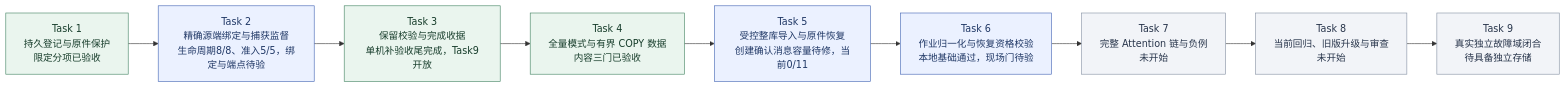
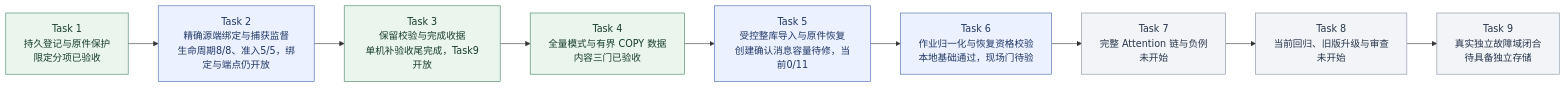
One commit to MansurnamedZhang/learning-system-p0c4 changed the second of 9 diagrams in docs/KnowWeave实施路线与系统架构.md. Above: the diagram before and after it, drawn with Mermaid. The commit also changed other lines of this file and 6 other files, not shown here.

````diff
--- a/docs/KnowWeave实施路线与系统架构.md
+++ b/docs/KnowWeave实施路线与系统架构.md
@@ -72,26 +72,26 @@
 ```mermaid
 flowchart LR
     C4T1["Task 1<br/>持久登记与原件保护<br/>限定分项已验收"]
-    C4T2["Task 2<br/>精确源端绑定与捕获监督<br/>生命周期8/8、准入5/5，绑定与端点待验"]
+    C4T2["Task 2<br/>精确源端绑定与捕获监督<br/>生命周期8/8、准入5/5，绑定与端点仍开放"]
     C4T3["Task 3<br/>保留校验与完成收据<br/>单机补验收尾完成，Task9开放"]
     C4T4["Task 4<br/>全量模式与有界 COPY 数据<br/>内容三门已验收"]
     C4T5["Task 5<br/>受控整库导入与原件恢复<br/>创建确认消息容量待修，当前0/11"]
     C4T6["Task 6<br/>作业归一化与恢复资格校验<br/>本地基础通过，现场门待验"]
     C4T7["Task 7<br/>完整 Attention 链与负例<br/>未开始"]
     C4T8["Task 8<br/>当前回归、旧版升级与审查<br/>未开始"]
     C4T9["Task 9<br/>真实独立故障域闭合<br/>待具备独立存储"]
     C4T1 --> C4T2
     C4T2 --> C4T3
     C4T3 --> C4T4
     C4T4 --> C4T5
     C4T5 --> C4T6
     C4T6 --> C4T7
     C4T7 --> C4T8
     C4T8 --> C4T9
     class C4T1,C4T3,C4T4 done
     class C4T2,C4T5,C4T6 next
     class C4T7,C4T8,C4T9 planned
     classDef done fill:#eaf5ee,stroke:#438363,color:#173d2b
     classDef next fill:#ebf1ff,stroke:#4365b4,color:#203866
     classDef planned fill:#f2f4f8,stroke:#8591a3,color:#28354b
 ```
````
